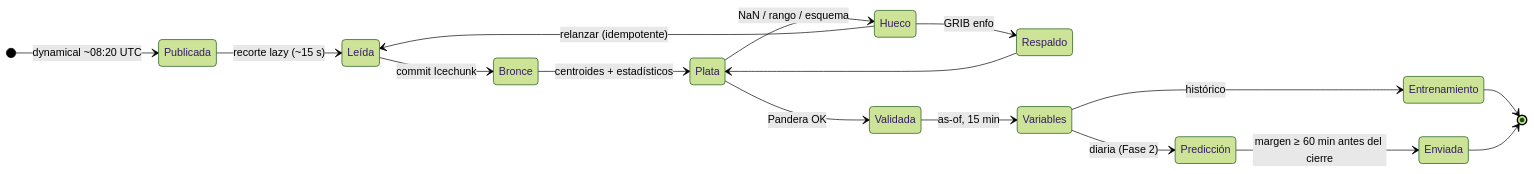
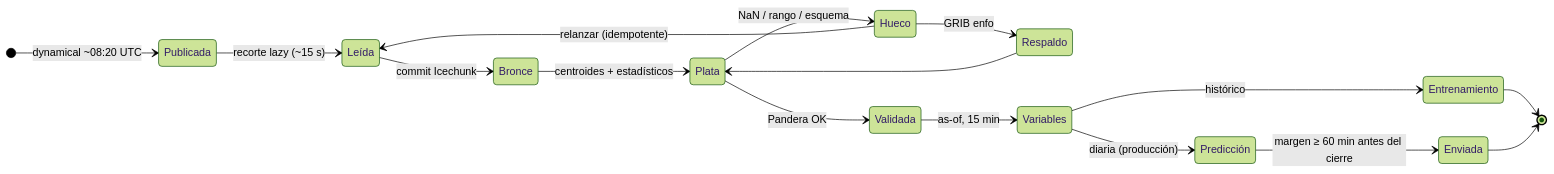
Before and after one commit to r3v1/predico: the second of 2 diagrams in README.md, drawn with Mermaid (forest theme). The commit also changed other lines of this file and 68 other files, not shown here.

````diff
--- a/README.md
+++ b/README.md
@@ -126,19 +115,19 @@
 ```mermaid
 stateDiagram-v2
     direction LR
     [*] --> Publicada: dynamical ~08:20 UTC
     Publicada --> Leída: recorte lazy (~15 s)
     Leída --> Bronce: commit Icechunk
     Bronce --> Plata: centroides + estadísticos
     Plata --> Validada: Pandera OK
     Plata --> Hueco: NaN / rango / esquema
     Hueco --> Leída: relanzar (idempotente)
     Hueco --> Respaldo: GRIB enfo
     Respaldo --> Plata
     Validada --> Variables: as-of, 15 min
     Variables --> Entrenamiento: histórico
-    Variables --> Predicción: diaria (Fase 2)
+    Variables --> Predicción: diaria (producción)
     Predicción --> Enviada: margen ≥ 60 min antes del cierre
     Entrenamiento --> [*]
     Enviada --> [*]
 ```
````
